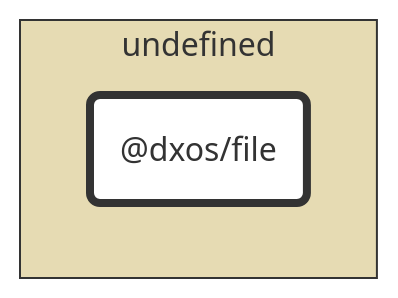
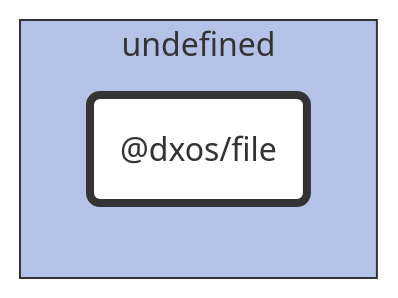
One commit to dxos/dxos changed the diagram in tools/file/docs/README.md. Above: the diagram before and after it, drawn with Mermaid. The commit also changed 86 other files, not shown here.

````diff
--- a/tools/file/docs/README.md
+++ b/tools/file/docs/README.md
@@ -7,20 +7,20 @@
 ```mermaid
 %%{ init: {'flowchart':{'curve':'basis'}} }%%
 
 flowchart LR
 
 %% Classes
 classDef def fill:#fff,stroke:#333,stroke-width:1px
 classDef root fill:#fff,stroke:#333,stroke-width:4px
 
 %% Nodes
 
 subgraph undefined [undefined]
-  style undefined fill:#e6dbb3,stroke:#333
+  style undefined fill:#b3c2e6,stroke:#333
   dxos/file("@dxos/file"):::root
   click dxos/file "dxos/dxos/tree/main/tools/file/docs"
 end
 
 %% Links
 linkStyle default stroke:#333,stroke-width:1px
 ```
````
